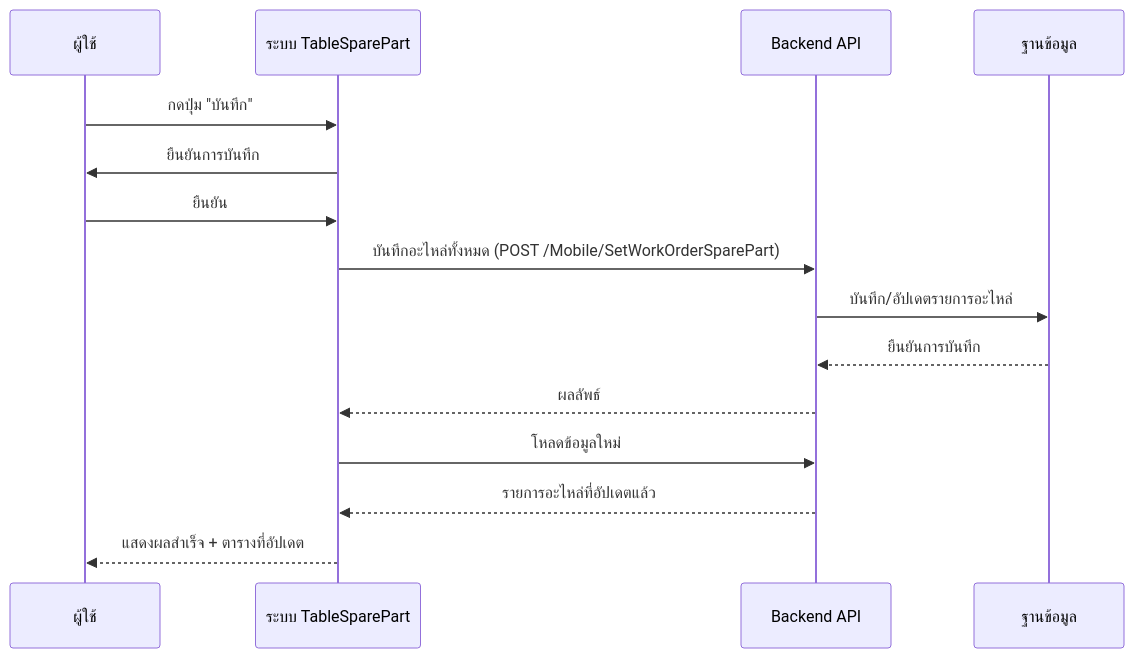
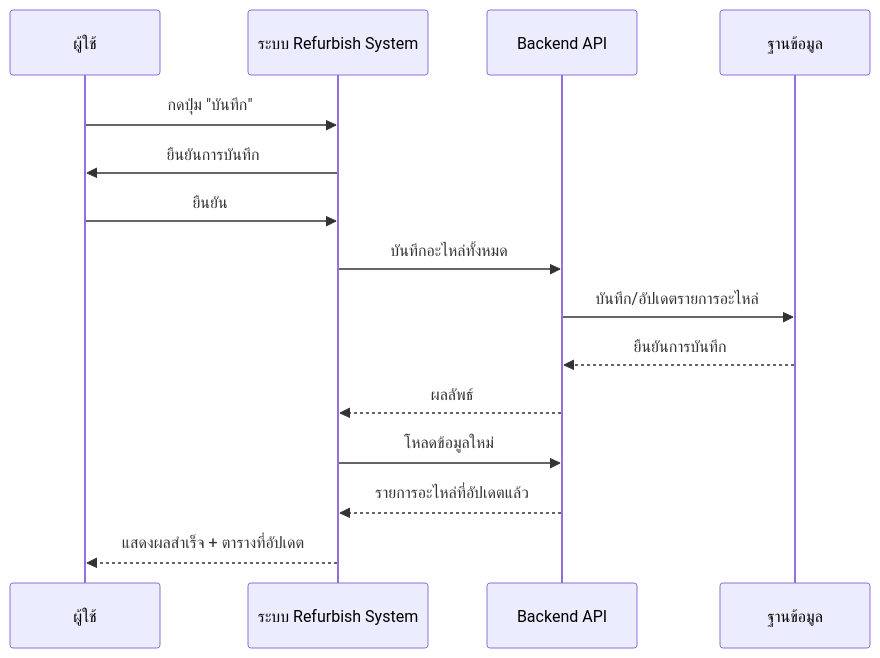
The third of 5 diagrams in docs/TableSparePart_SequenceDiagram.md (akkdach/pro-iot-mobile), drawn with Mermaid before and after one commit. The commit also changed other lines of this file and 10 other files, not shown here.

````diff
--- a/docs/TableSparePart_SequenceDiagram.md
+++ b/docs/TableSparePart_SequenceDiagram.md
@@ -42,18 +42,18 @@
 ```mermaid
 sequenceDiagram
     participant U as ผู้ใช้
-    participant SP as ระบบ TableSparePart
+    participant SP as ระบบ Refurbish System
     participant API as Backend API
     participant DB as ฐานข้อมูล
 
     U->>SP: กดปุ่ม "บันทึก"
     SP->>U: ยืนยันการบันทึก
     U->>SP: ยืนยัน
-    SP->>API: บันทึกอะไหล่ทั้งหมด (POST /Mobile/SetWorkOrderSparePart)
+    SP->>API: บันทึกอะไหล่ทั้งหมด 
     API->>DB: บันทึก/อัปเดตรายการอะไหล่
     DB-->>API: ยืนยันการบันทึก
     API-->>SP: ผลลัพธ์
     SP->>API: โหลดข้อมูลใหม่
     API-->>SP: รายการอะไหล่ที่อัปเดตแล้ว
     SP-->>U: แสดงผลสำเร็จ + ตารางที่อัปเดต
 ```
````
